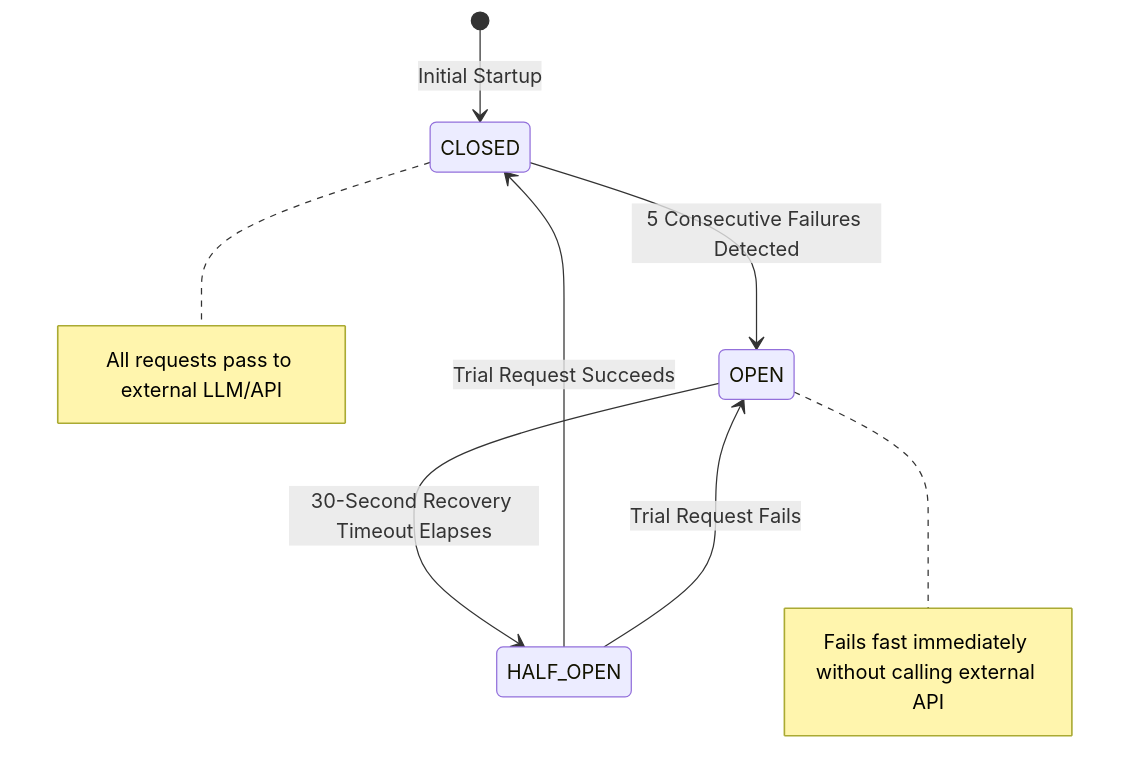
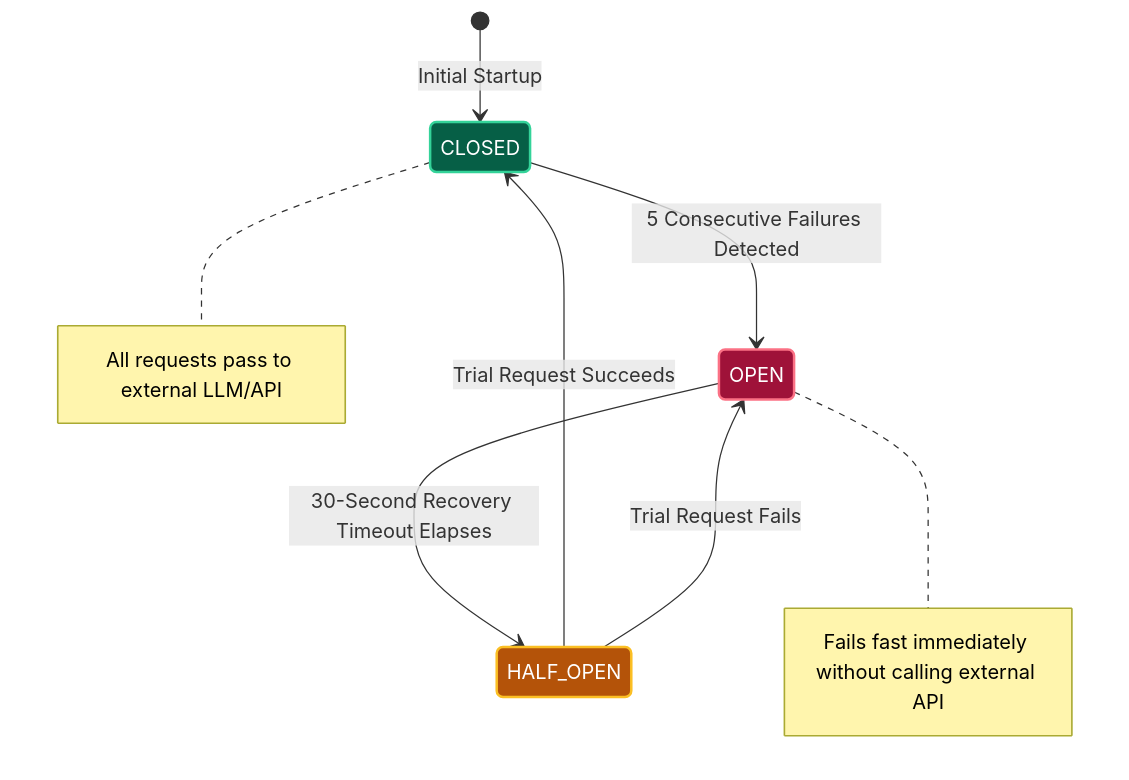
Before and after one commit to Sathvik1533/hackathon-strategy-framework: the fifth of 19 diagrams in README.md, drawn with Mermaid. The commit also changed other lines of this file and 6 other files, not shown here.

Commit message:
feat(docs): colorize and make all Mermaid architecture diagrams interactive across repo

````diff
--- a/README.md
+++ b/README.md
@@ -207,10 +338,18 @@
 ```mermaid
 stateDiagram-v2
+    classDef closedState fill:#065f46,stroke:#34d399,stroke-width:2px,color:#ffffff;
+    classDef openState fill:#9f1239,stroke:#fb7185,stroke-width:2px,color:#ffffff;
+    classDef halfOpenState fill:#b45309,stroke:#fbbf24,stroke-width:2px,color:#ffffff;
+
     [*] --> CLOSED: Initial Startup
     CLOSED --> OPEN: 5 Consecutive Failures Detected
     note right of CLOSED: All requests pass to external LLM/API
     OPEN --> HALF_OPEN: 30-Second Recovery Timeout Elapses
     note right of OPEN: Fails fast immediately without calling external API
     HALF_OPEN --> CLOSED: Trial Request Succeeds
     HALF_OPEN --> OPEN: Trial Request Fails
+
+    class CLOSED closedState
+    class OPEN openState
+    class HALF_OPEN halfOpenState
 ```
````
